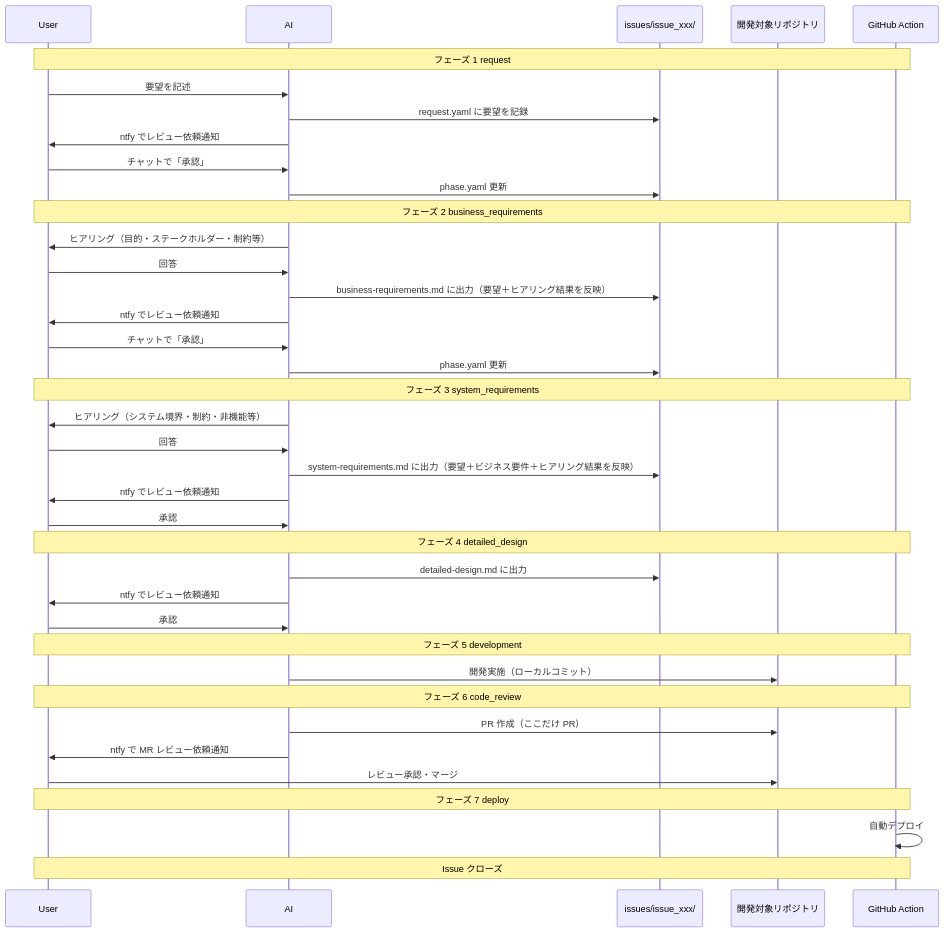
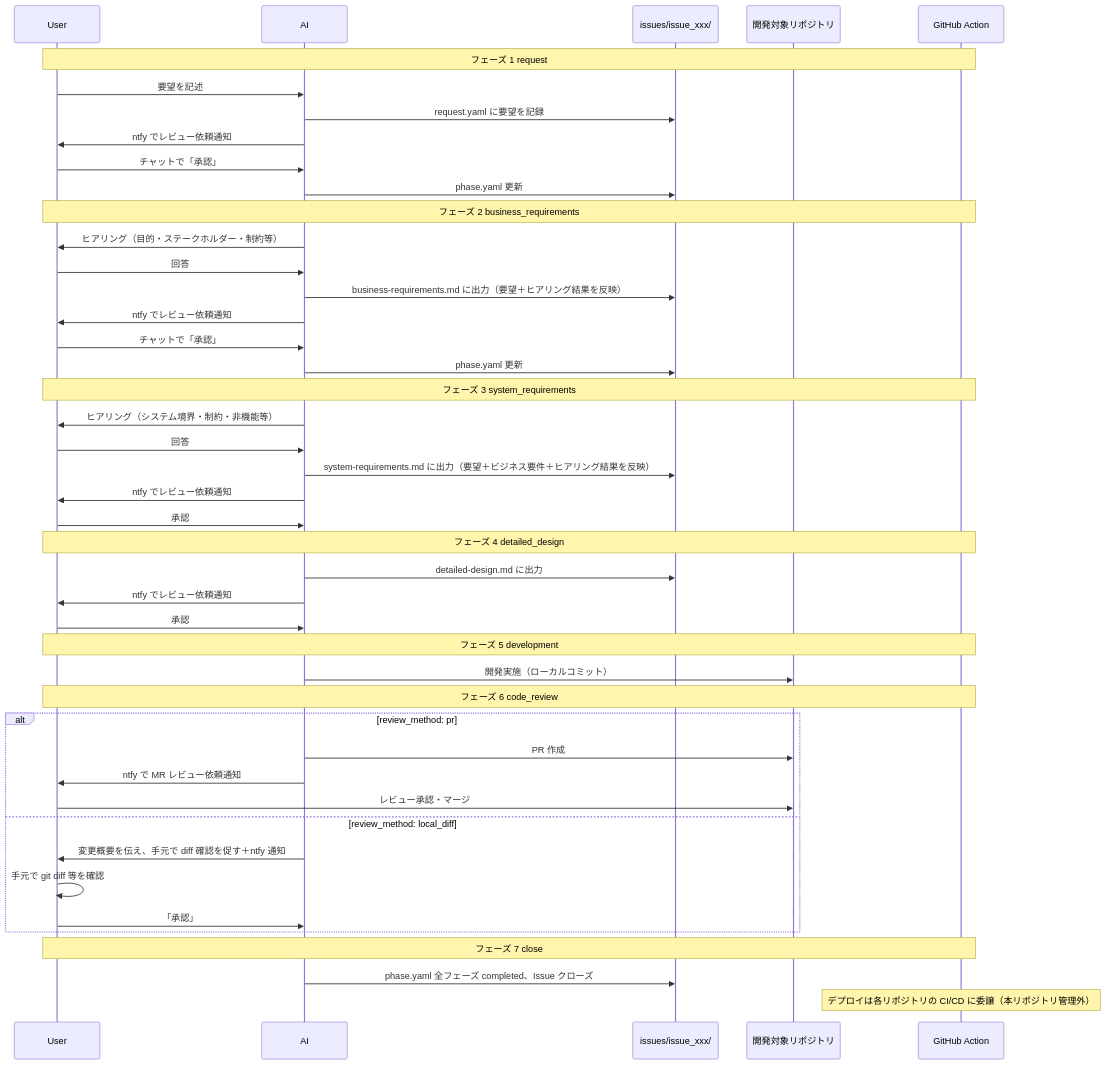
The diagram in .rulesync/skills/dev_workflow/references/flow.md (kuroweb/ai-workspace), drawn with Mermaid before and after one commit. The commit also changed other lines of this file and 3 other files, not shown here.

````diff
--- a/.rulesync/skills/dev_workflow/references/flow.md
+++ b/.rulesync/skills/dev_workflow/references/flow.md
@@ -14,47 +15,53 @@
 ```mermaid
 sequenceDiagram
   participant User as User
   participant AI as AI
   participant Local as issues/issue_xxx/
   participant Repo as 開発対象リポジトリ
   participant GA as GitHub Action
 
   Note over User,GA: フェーズ 1 request
   User->>AI: 要望を記述
   AI->>Local: request.yaml に要望を記録
   AI->>User: ntfy でレビュー依頼通知
   User->>AI: チャットで「承認」
   AI->>Local: phase.yaml 更新
 
   Note over User,GA: フェーズ 2 business_requirements
   AI->>User: ヒアリング（目的・ステークホルダー・制約等）
   User->>AI: 回答
   AI->>Local: business-requirements.md に出力（要望＋ヒアリング結果を反映）
   AI->>User: ntfy でレビュー依頼通知
   User->>AI: チャットで「承認」
   AI->>Local: phase.yaml 更新
 
   Note over User,GA: フェーズ 3 system_requirements
   AI->>User: ヒアリング（システム境界・制約・非機能等）
   User->>AI: 回答
   AI->>Local: system-requirements.md に出力（要望＋ビジネス要件＋ヒアリング結果を反映）
   AI->>User: ntfy でレビュー依頼通知
   User->>AI: 承認
 
   Note over User,GA: フェーズ 4 detailed_design
   AI->>Local: detailed-design.md に出力
   AI->>User: ntfy でレビュー依頼通知
   User->>AI: 承認
 
   Note over User,GA: フェーズ 5 development
   AI->>Repo: 開発実施（ローカルコミット）
 
   Note over User,GA: フェーズ 6 code_review
-  AI->>Repo: PR 作成（ここだけ PR）
-  AI->>User: ntfy で MR レビュー依頼通知
-  User->>Repo: レビュー承認・マージ
+  alt review_method: pr
+    AI->>Repo: PR 作成
+    AI->>User: ntfy で MR レビュー依頼通知
+    User->>Repo: レビュー承認・マージ
+  else review_method: local_diff
+    AI->>User: 変更概要を伝え、手元で diff 確認を促す＋ntfy 通知
+    User->>User: 手元で git diff 等を確認
+    User->>AI: 「承認」
+  end
 
-  Note over User,GA: フェーズ 7 deploy
-  GA->>GA: 自動デプロイ
-  Note over User,GA: Issue クローズ
+  Note over User,GA: フェーズ 7 close
+  AI->>Local: phase.yaml 全フェーズ completed、Issue クローズ
+  Note over GA: デプロイは各リポジトリの CI/CD に委譲（本リポジトリ管理外）
 ```
````
